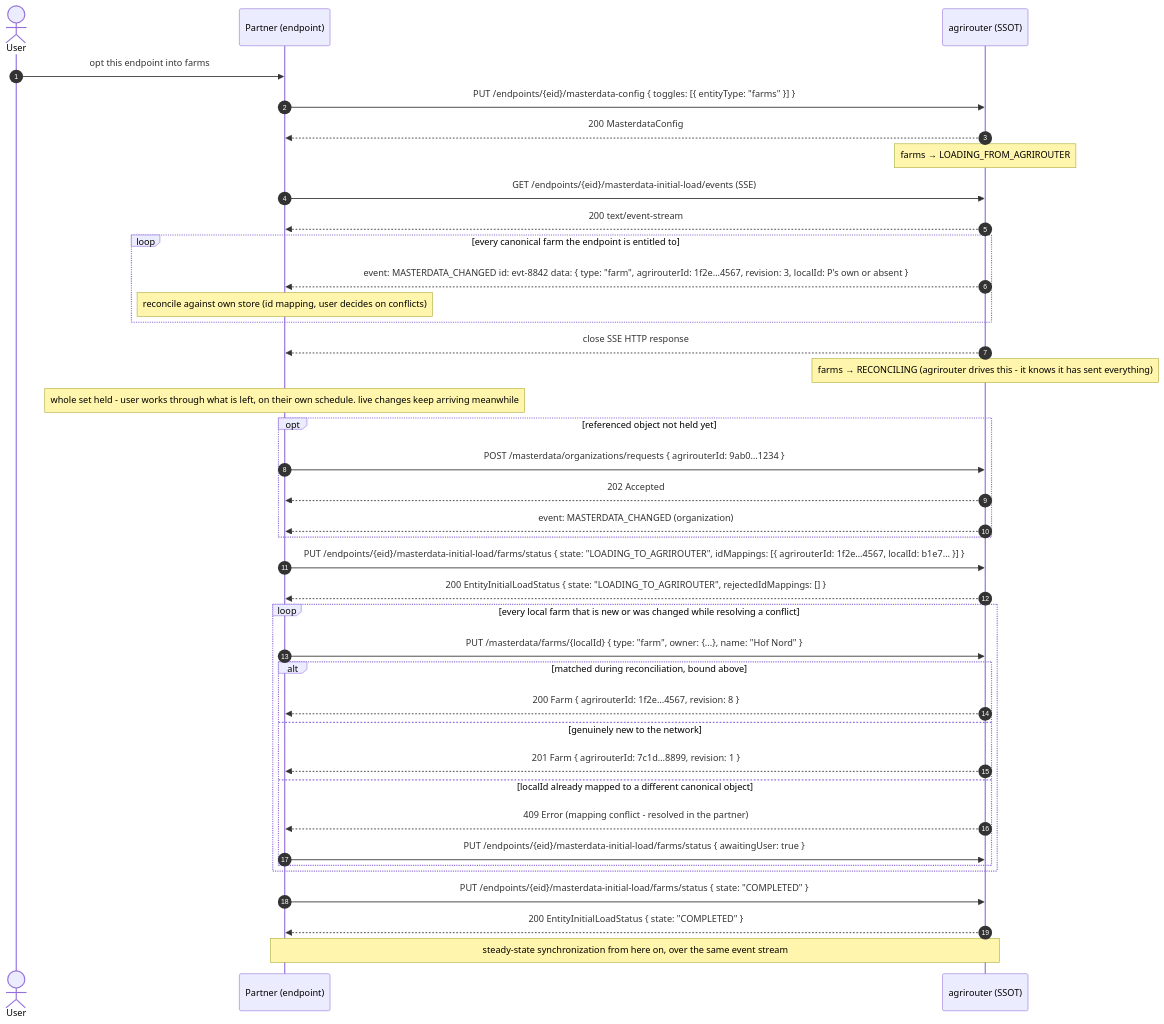
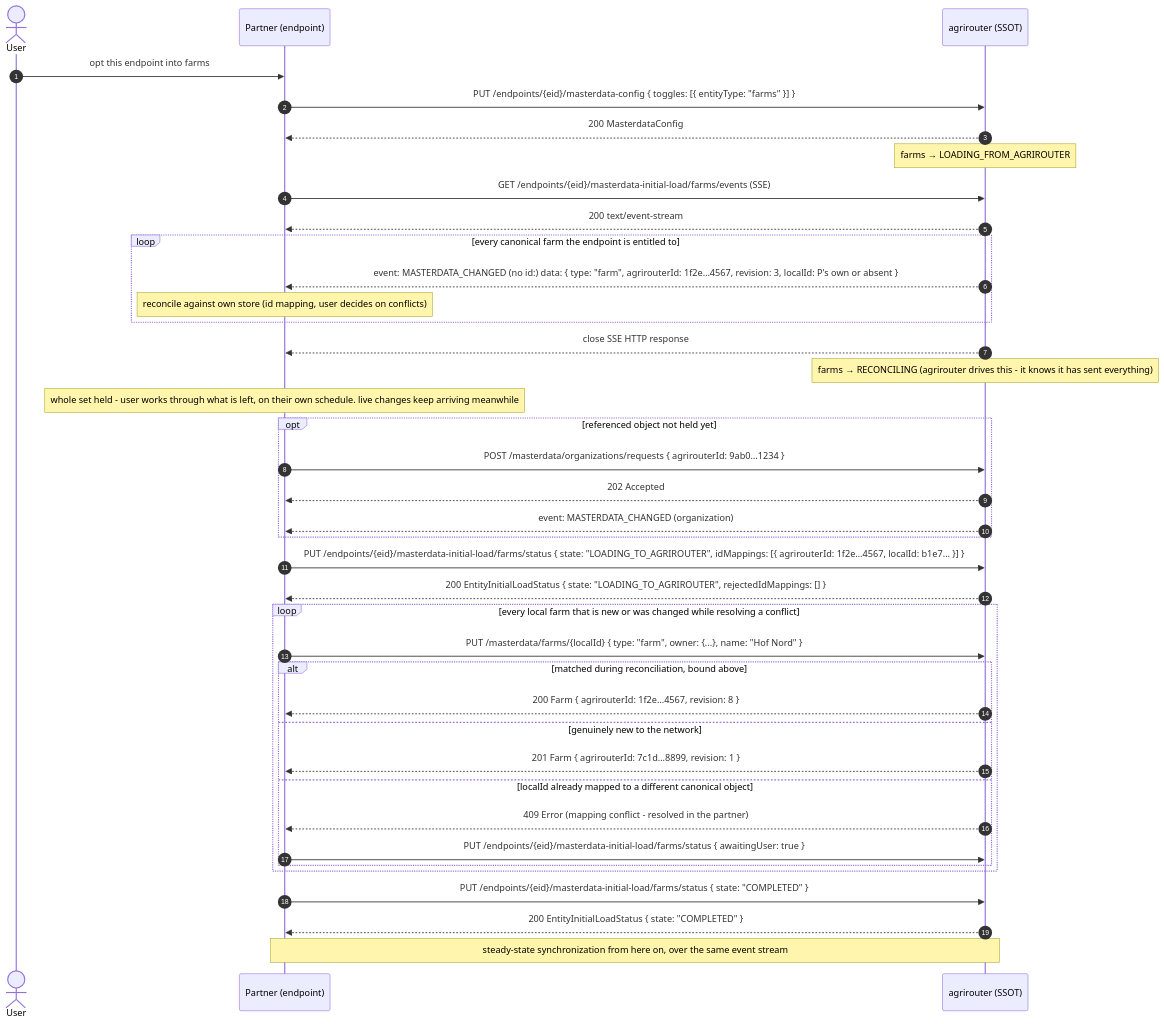
The second of 3 diagrams in architecture/06-initial-load.md (DKE-Data/masterdata-sync-working-group), drawn with Mermaid before and after one commit. The commit also changed other lines of this file and 6 other files, not shown here.

````diff
--- a/architecture/06-initial-load.md
+++ b/architecture/06-initial-load.md
@@ -92,47 +98,47 @@
 ```mermaid
 %% ceasg:{"id":"8xpvwi5e"} %%
 sequenceDiagram
     autonumber
     actor U as User
     participant P as Partner (endpoint)
     participant AR as agrirouter (SSOT)
 
     U->>P: opt this endpoint into farms
     P->>AR: PUT /endpoints/{eid}/masterdata-config { toggles: [{ entityType: "farms" }] }
     AR-->>P: 200 MasterdataConfig
     Note over AR: farms → LOADING_FROM_AGRIROUTER
 
-    P->>AR: GET /endpoints/{eid}/masterdata-initial-load/events (SSE)
+    P->>AR: GET /endpoints/{eid}/masterdata-initial-load/farms/events (SSE)
     AR-->>P: 200 text/event-stream
     loop every canonical farm the endpoint is entitled to
-        AR-->>P: event: MASTERDATA_CHANGED id: evt-8842 data: { type: "farm", agrirouterId: 1f2e…4567, revision: 3, localId: P's own or absent }
+        AR-->>P: event: MASTERDATA_CHANGED (no id:) data: { type: "farm", agrirouterId: 1f2e…4567, revision: 3, localId: P's own or absent }
         Note over P: reconcile against own store (id mapping, user decides on conflicts)
     end
     AR-->>P: close SSE HTTP response
     Note over AR: farms → RECONCILING (agrirouter drives this - it knows it has sent everything)
     Note over P: whole set held - user works through what is left, on their own schedule. live changes keep arriving meanwhile
     opt referenced object not held yet
         P->>AR: POST /masterdata/organizations/requests { agrirouterId: 9ab0…1234 }
         AR-->>P: 202 Accepted
         AR-->>P: event: MASTERDATA_CHANGED (organization)
     end
 
     P->>AR: PUT /endpoints/{eid}/masterdata-initial-load/farms/status { state: "LOADING_TO_AGRIROUTER", idMappings: [{ agrirouterId: 1f2e…4567, localId: b1e7… }] }
     AR-->>P: 200 EntityInitialLoadStatus { state: "LOADING_TO_AGRIROUTER", rejectedIdMappings: [] }
 
     loop every local farm that is new or was changed while resolving a conflict
         P->>AR: PUT /masterdata/farms/{localId} { type: "farm", owner: {...}, name: "Hof Nord" }
         alt matched during reconciliation, bound above
             AR-->>P: 200 Farm { agrirouterId: 1f2e…4567, revision: 8 }
         else genuinely new to the network
             AR-->>P: 201 Farm { agrirouterId: 7c1d…8899, revision: 1 }
         else localId already mapped to a different canonical object
             AR-->>P: 409 Error (mapping conflict - resolved in the partner)
             P->>AR: PUT /endpoints/{eid}/masterdata-initial-load/farms/status { awaitingUser: true }
         end
     end
 
     P->>AR: PUT /endpoints/{eid}/masterdata-initial-load/farms/status { state: "COMPLETED" }
     AR-->>P: 200 EntityInitialLoadStatus { state: "COMPLETED" }
     Note over P,AR: steady-state synchronization from here on, over the same event stream
 ```
````
